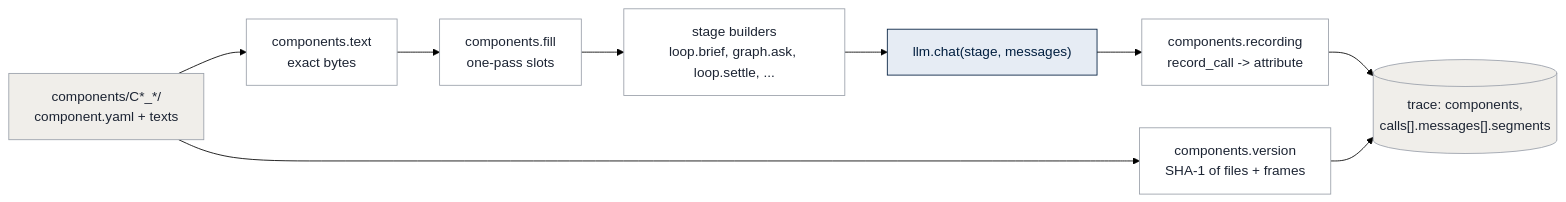
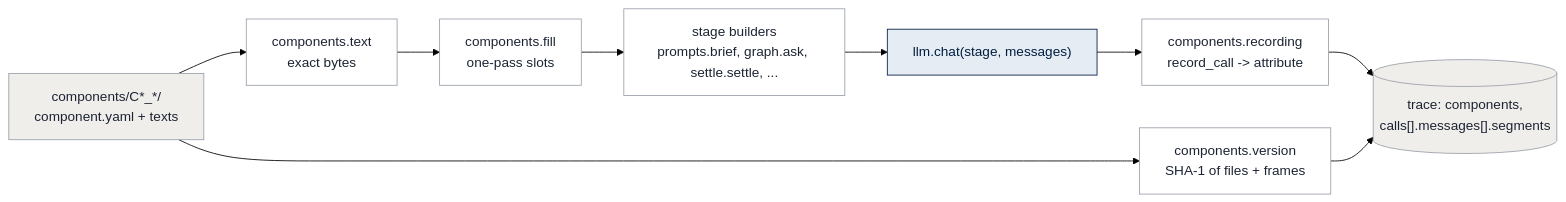
The first of 2 diagrams in docs/reference/PROMPT_COMPONENTS.md (sambalshikhar/PetroHarness), drawn with Mermaid (forest theme) before and after one commit. The commit also changed other lines of this file and 248 other files, not shown here.

````diff
--- a/docs/reference/PROMPT_COMPONENTS.md
+++ b/docs/reference/PROMPT_COMPONENTS.md
@@ -37,19 +37,19 @@
 ```mermaid
 flowchart LR
     files["components/C*_*/<br/>component.yaml + texts"]:::record
     text["components.text<br/>exact bytes"]:::code
     fill["components.fill<br/>one-pass slots"]:::code
-    build["stage builders<br/>loop.brief, graph.ask, loop.settle, ..."]:::code
+    build["stage builders<br/>prompts.brief, graph.ask, settle.settle, ..."]:::code
     chat["llm.chat(stage, messages)"]:::model
     rec["components.recording<br/>record_call -> attribute"]:::code
     trace[("trace: components,<br/>calls[].messages[].segments")]:::record
     ver["components.version<br/>SHA-1 of files + frames"]:::code
 
     files --> text --> fill --> build --> chat
     chat --> rec --> trace
     files --> ver --> trace
 
     classDef code fill:#ffffff,stroke:#9aa0aa,color:#1c2433
     classDef model fill:#e6ecf4,stroke:#011e3f,color:#011e3f
     classDef record fill:#f0eeea,stroke:#9aa0aa,color:#1c2433
 ```
````
